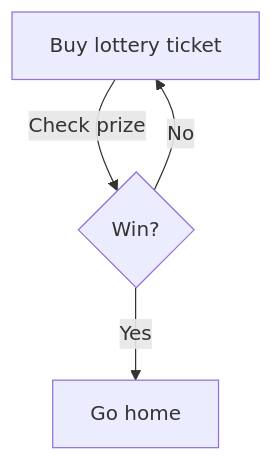
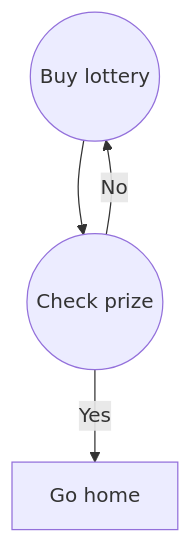
One commit to LangGraph-GUI/LangGraph-learn changed the diagram in 04 State Graph/README.md. Above: the diagram before and after it, drawn with Mermaid.

````diff
--- a/04 State Graph/README.md
+++ b/04 State Graph/README.md
@@ -16,7 +16,7 @@
 ```mermaid
 graph TD;
-    A[Buy lottery ticket] -->|Check prize| C{Win?};
+    A((Buy lottery)) --> C((Check prize));
     C -- Yes --> D[Go home];
     C -- No --> A;
 
 ```
````
